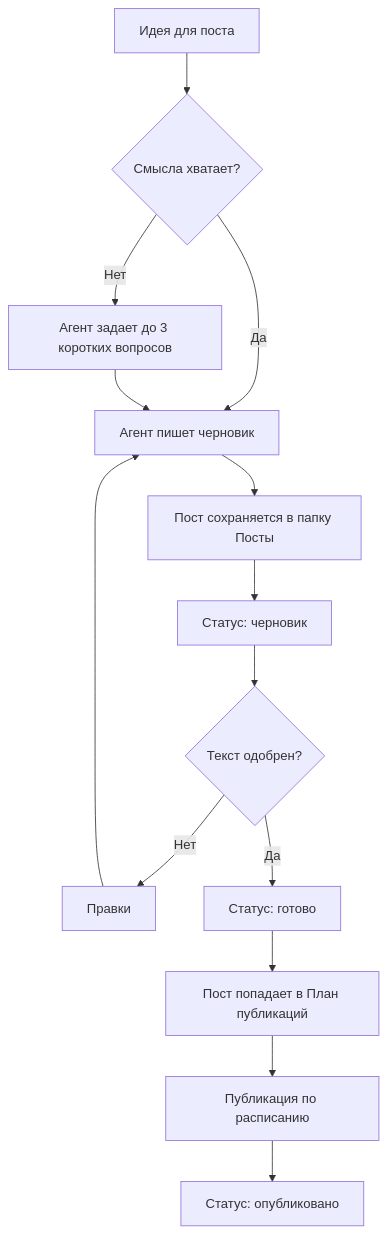
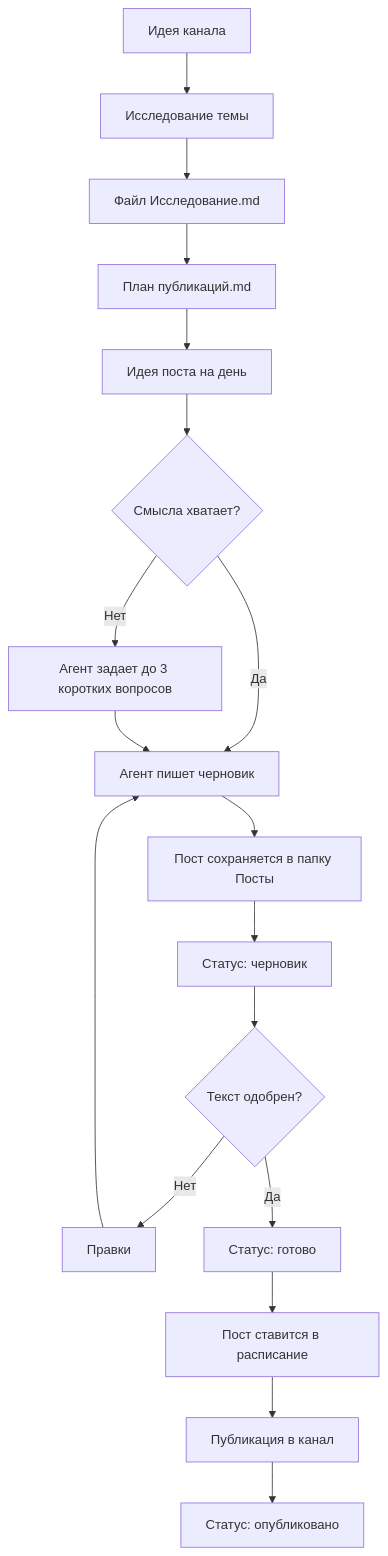
The diagram in README.md (golovanoviyu-svg/telegram-content-factory), drawn with Mermaid before and after one commit. The commit also changed 2 other files, not shown here.

Commit message:
Добавить исследование и план публикаций

````diff
--- a/README.md
+++ b/README.md
@@ -7,16 +7,20 @@
 ```mermaid
 flowchart TD
-    A["Идея для поста"] --> B{"Смысла хватает?"}
-    B -->|"Да"| C["Агент пишет черновик"]
-    B -->|"Нет"| D["Агент задает до 3 коротких вопросов"]
-    D --> C
-    C --> E["Пост сохраняется в папку Посты"]
-    E --> F["Статус: черновик"]
-    F --> G{"Текст одобрен?"}
-    G -->|"Нет"| H["Правки"]
-    H --> C
-    G -->|"Да"| I["Статус: готово"]
-    I --> J["Пост попадает в План публикаций"]
-    J --> K["Публикация по расписанию"]
-    K --> L["Статус: опубликовано"]
+    A["Идея канала"] --> B["Исследование темы"]
+    B --> C["Файл Исследование.md"]
+    C --> D["План публикаций.md"]
+    D --> E["Идея поста на день"]
+    E --> F{"Смысла хватает?"}
+    F -->|"Да"| G["Агент пишет черновик"]
+    F -->|"Нет"| H["Агент задает до 3 коротких вопросов"]
+    H --> G
+    G --> I["Пост сохраняется в папку Посты"]
+    I --> J["Статус: черновик"]
+    J --> K{"Текст одобрен?"}
+    K -->|"Нет"| L["Правки"]
+    L --> G
+    K -->|"Да"| M["Статус: готово"]
+    M --> N["Пост ставится в расписание"]
+    N --> O["Публикация в канал"]
+    O --> P["Статус: опубликовано"]
 ```
````
